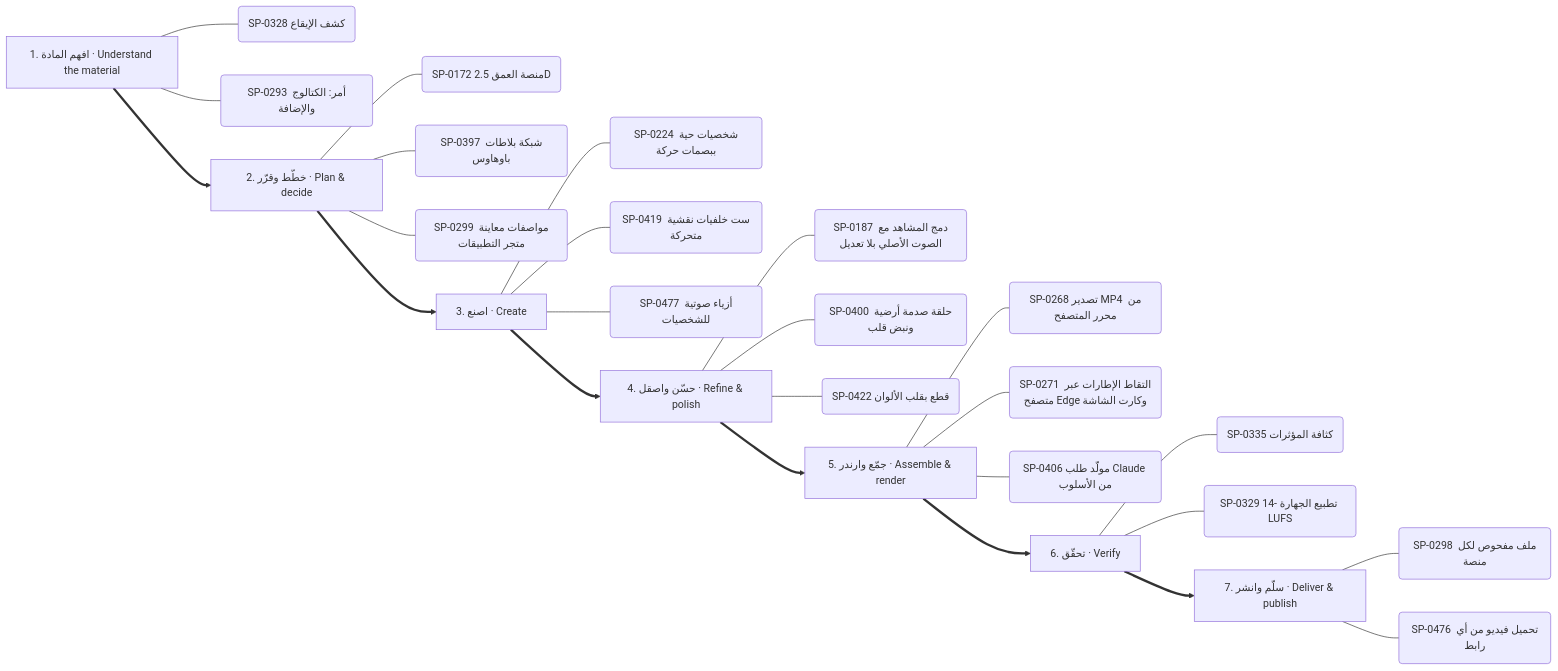
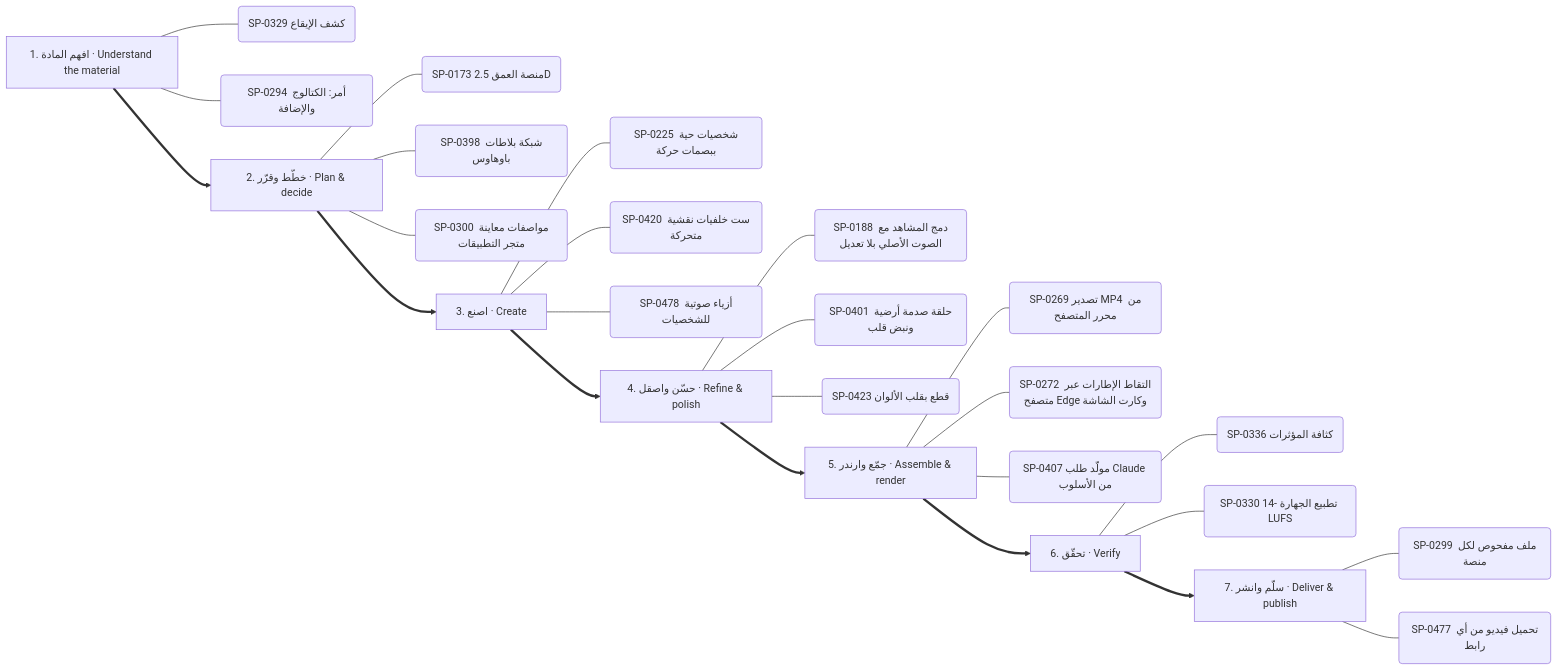
Before and after one commit to kosif199022-jpg/kosif-tool: the fourth of 13 diagrams in .claude/skills/kosif-superpowers/references/capability-mindmap.md, drawn with Mermaid. The commit also changed other lines of this file and 61 other files, not shown here.

````diff
--- a/.claude/skills/kosif-superpowers/references/capability-mindmap.md
+++ b/.claude/skills/kosif-superpowers/references/capability-mindmap.md
@@ -229,34 +229,34 @@
 ```mermaid
 flowchart LR
   S0["1. افهم المادة · Understand the material"]
-  S0 --- S0_0("SP-0328 كشف الإيقاع")
-  S0 --- S0_1("SP-0293 أمر: الكتالوج والإضافة")
+  S0 --- S0_0("SP-0329 كشف الإيقاع")
+  S0 --- S0_1("SP-0294 أمر: الكتالوج والإضافة")
   S1["2. خطّط وقرّر · Plan & decide"]
-  S1 --- S1_0("SP-0172 منصة العمق 2.5D")
-  S1 --- S1_1("SP-0397 شبكة بلاطات باوهاوس")
-  S1 --- S1_2("SP-0299 مواصفات معاينة متجر التطبيقات")
+  S1 --- S1_0("SP-0173 منصة العمق 2.5D")
+  S1 --- S1_1("SP-0398 شبكة بلاطات باوهاوس")
+  S1 --- S1_2("SP-0300 مواصفات معاينة متجر التطبيقات")
   S0 ==> S1
   S2["3. اصنع · Create"]
-  S2 --- S2_0("SP-0224 شخصيات حية ببصمات حركة")
-  S2 --- S2_1("SP-0419 ست خلفيات نقشية متحركة")
-  S2 --- S2_2("SP-0477 أزياء صوتية للشخصيات")
+  S2 --- S2_0("SP-0225 شخصيات حية ببصمات حركة")
+  S2 --- S2_1("SP-0420 ست خلفيات نقشية متحركة")
+  S2 --- S2_2("SP-0478 أزياء صوتية للشخصيات")
   S1 ==> S2
   S3["4. حسّن واصقل · Refine & polish"]
-  S3 --- S3_0("SP-0187 دمج المشاهد مع الصوت الأصلي بلا تعديل")
-  S3 --- S3_1("SP-0400 حلقة صدمة أرضية ونبض قلب")
-  S3 --- S3_2("SP-0422 قطع بقلب الألوان")
+  S3 --- S3_0("SP-0188 دمج المشاهد مع الصوت الأصلي بلا تعديل")
+  S3 --- S3_1("SP-0401 حلقة صدمة أرضية ونبض قلب")
+  S3 --- S3_2("SP-0423 قطع بقلب الألوان")
   S2 ==> S3
   S4["5. جمّع وارندر · Assemble & render"]
-  S4 --- S4_0("SP-0268 تصدير MP4 من محرر المتصفح")
-  S4 --- S4_1("SP-0271 التقاط الإطارات عبر متصفح Edge وكارت الشاشة")
-  S4 --- S4_2("SP-0406 مولّد طلب Claude من الأسلوب")
+  S4 --- S4_0("SP-0269 تصدير MP4 من محرر المتصفح")
+  S4 --- S4_1("SP-0272 التقاط الإطارات عبر متصفح Edge وكارت الشاشة")
+  S4 --- S4_2("SP-0407 مولّد طلب Claude من الأسلوب")
   S3 ==> S4
   S5["6. تحقّق · Verify"]
-  S5 --- S5_0("SP-0335 كثافة المؤثرات")
-  S5 --- S5_1("SP-0329 تطبيع الجهارة -14 LUFS")
+  S5 --- S5_0("SP-0336 كثافة المؤثرات")
+  S5 --- S5_1("SP-0330 تطبيع الجهارة -14 LUFS")
   S4 ==> S5
   S6["7. سلّم وانشر · Deliver & publish"]
-  S6 --- S6_0("SP-0298 ملف مفحوص لكل منصة")
-  S6 --- S6_1("SP-0476 تحميل فيديو من أي رابط")
+  S6 --- S6_0("SP-0299 ملف مفحوص لكل منصة")
+  S6 --- S6_1("SP-0477 تحميل فيديو من أي رابط")
   S5 ==> S6
 ```
````
